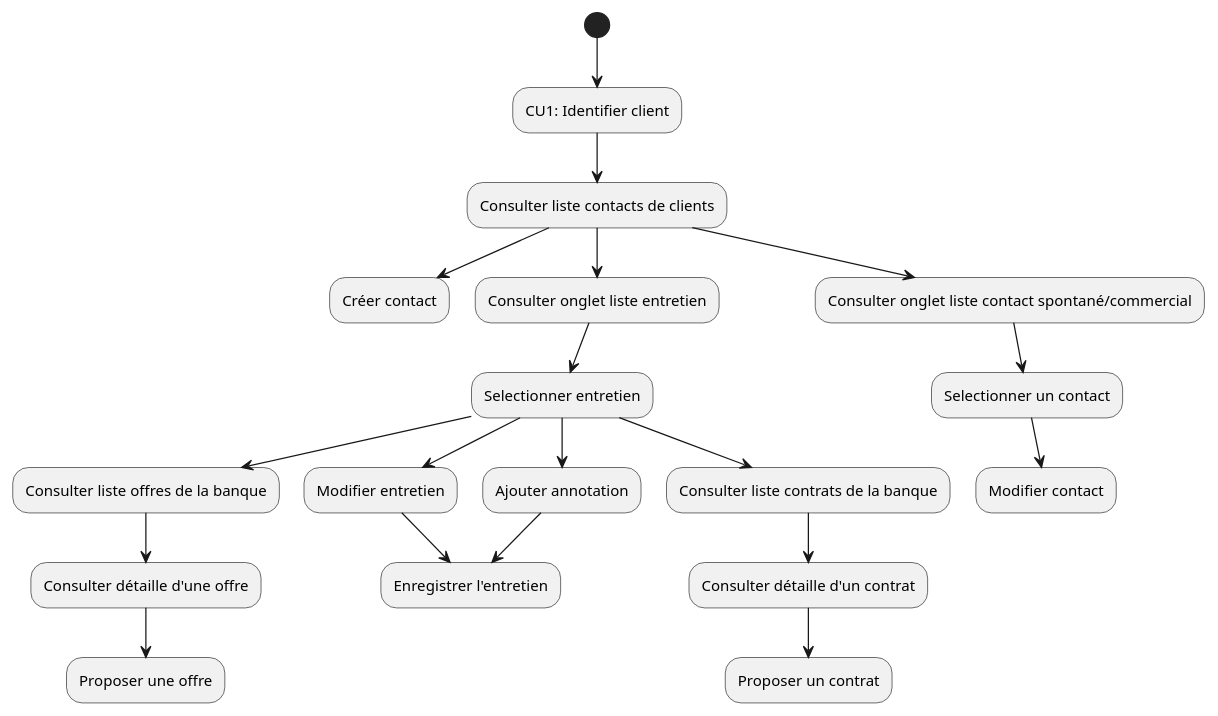
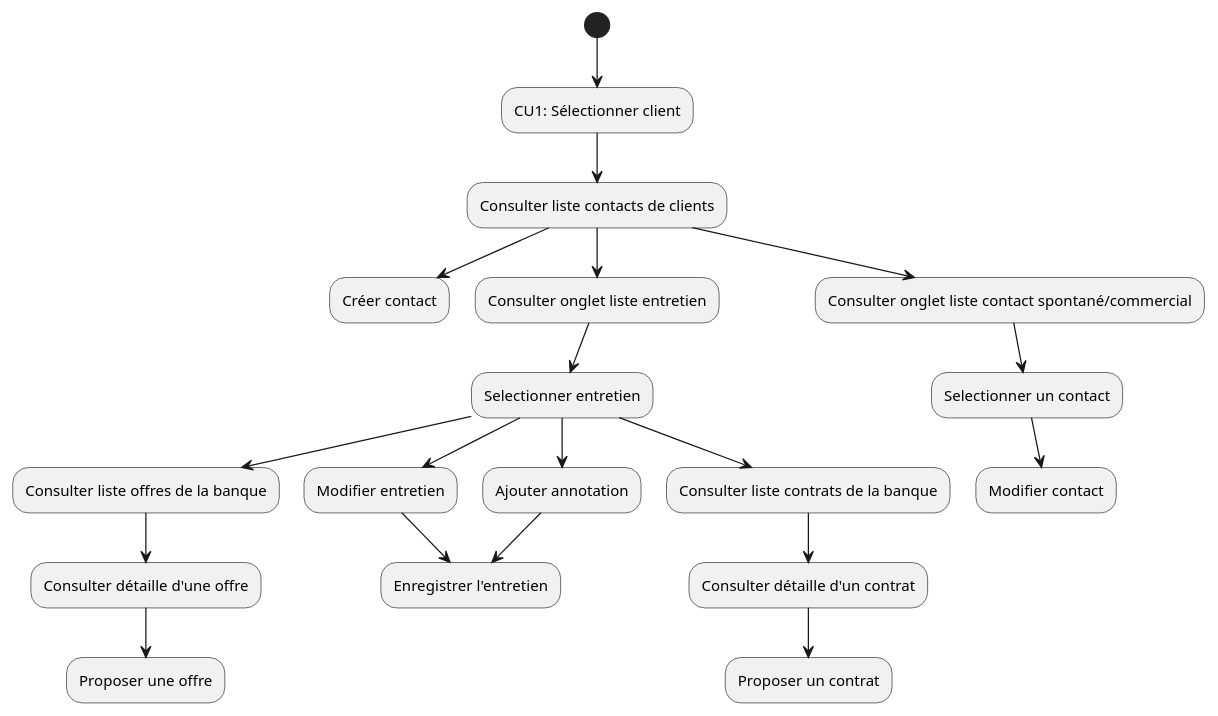
The diagram in src/documentation/CU3-DA.puml (HZjiadong/PLD-MARS), drawn with PlantUML before and after one commit. The commit also changed 1 other file, not shown here.

```diff
--- a/src/documentation/CU3-DA.puml
+++ b/src/documentation/CU3-DA.puml
@@ -1,31 +1,31 @@
 @startuml
 
-(*) --> "CU1: Identifier client"
-"CU1: Identifier client" --> "Consulter liste contacts de clients"
+(*) --> "CU1: Sélectionner client"
+"CU1: Sélectionner client" --> "Consulter liste contacts de clients"
 "Consulter liste contacts de clients" -->"Créer contact"
 
 
 "Consulter liste contacts de clients" -->"Consulter onglet liste entretien"
 
 "Consulter onglet liste entretien"-->"Selectionner entretien"
 
 "Selectionner entretien"-->"Consulter liste offres de la banque"
 -->"Consulter détaille d'une offre"
 -->"Proposer une offre"
 
 "Selectionner entretien"-->"Modifier entretien"
 -->"Enregistrer l'entretien"
 
 "Selectionner entretien"-->"Ajouter annotation"
 -->"Enregistrer l'entretien"
 
 "Selectionner entretien"-->"Consulter liste contrats de la banque"
 -->"Consulter détaille d'un contrat"
 -->"Proposer un contrat"
 
 "Consulter liste contacts de clients" -->"Consulter onglet liste contact spontané/commercial"
 -->"Selectionner un contact"
 "Selectionner un contact"-->"Modifier contact"
 
 
 @enduml
```
